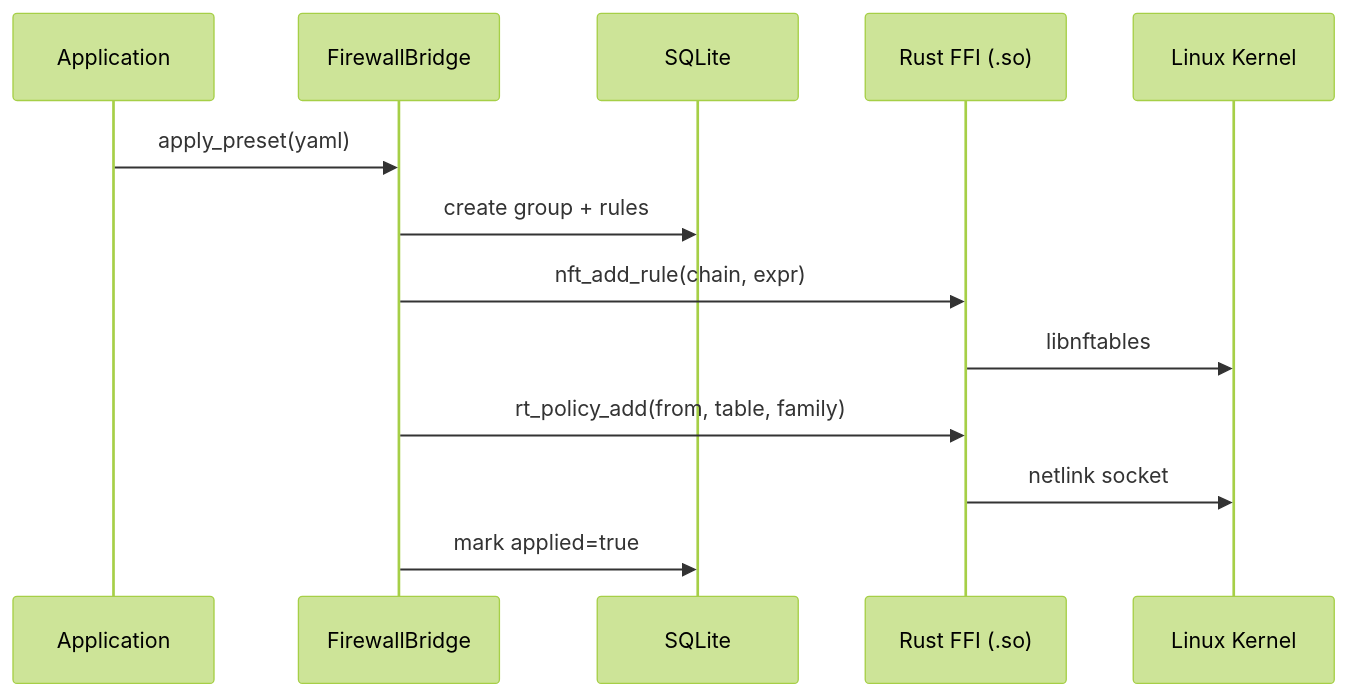
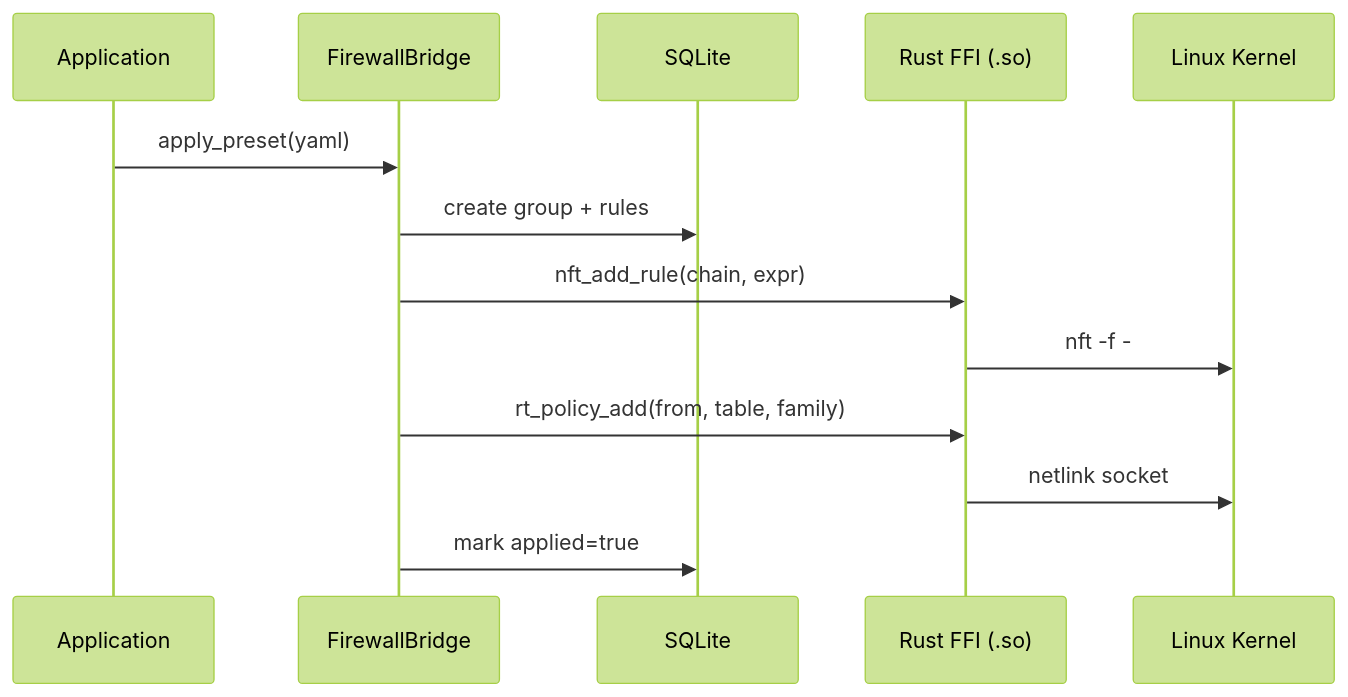
One commit to ARAS-Workspace/phantom-wg changed the second of 4 diagrams in README.md. Above: the diagram before and after it, drawn with Mermaid (forest theme). The commit also changed other lines of this file and 1 other file, not shown here.

Commit message:
Docs: README describes nft.rs through the nft program

````diff
--- a/README.md
+++ b/README.md
@@ -79,16 +79,16 @@
 ```mermaid
 sequenceDiagram
     participant App as Application
     participant Bridge as FirewallBridge
     participant DB as SQLite
     participant Rust as Rust FFI (.so)
     participant Kernel as Linux Kernel
 
     App->>Bridge: apply_preset(yaml)
     Bridge->>DB: create group + rules
     Bridge->>Rust: nft_add_rule(chain, expr)
-    Rust->>Kernel: libnftables
+    Rust->>Kernel: nft -f -
     Bridge->>Rust: rt_policy_add(from, table, family)
     Rust->>Kernel: netlink socket
     Bridge->>DB: mark applied=true
 ```
````
